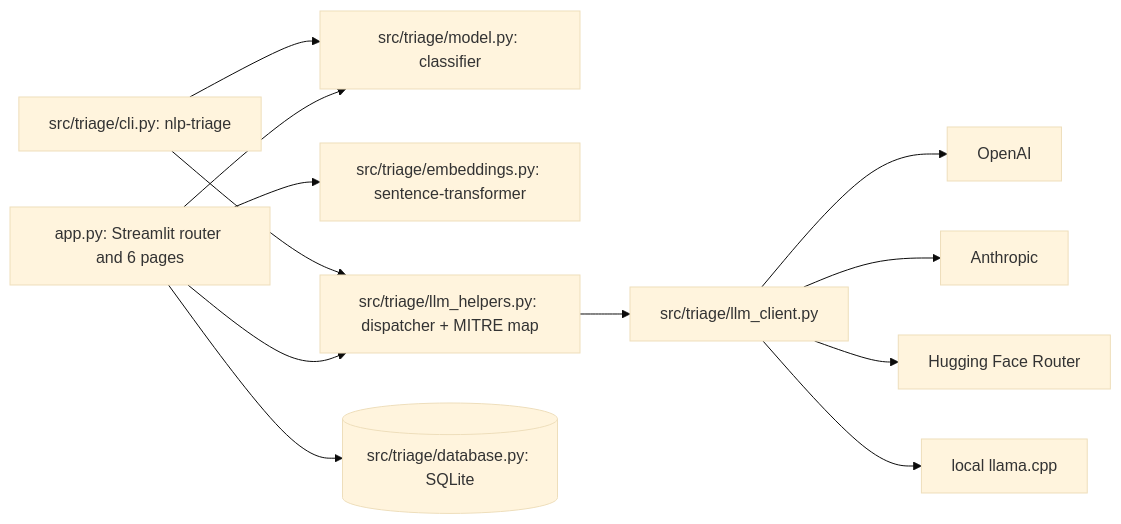
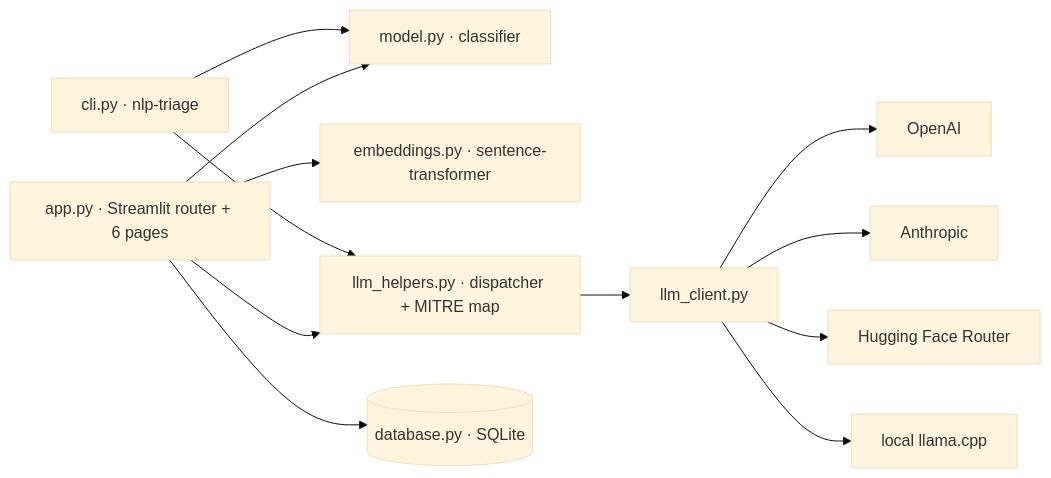
One commit to texasbe2trill/AlertSage changed the diagram in README.md. Above: the diagram before and after it, drawn with Mermaid (base theme). The commit also changed other lines of this file and 13 other files, not shown here.

````diff
--- a/README.md
+++ b/README.md
@@ -158,14 +122,14 @@
 ```mermaid
 flowchart LR
-    UI[app.py: Streamlit router and 6 pages] --> CLF[src/triage/model.py: classifier]
-    UI --> EMB[src/triage/embeddings.py: sentence-transformer]
-    UI --> LH[src/triage/llm_helpers.py: dispatcher + MITRE map]
-    UI --> DB[(src/triage/database.py: SQLite)]
-    CLI[src/triage/cli.py: nlp-triage] --> CLF
+    UI[app.py · Streamlit router + 6 pages] --> CLF[model.py · classifier]
+    UI --> EMB[embeddings.py · sentence-transformer]
+    UI --> LH[llm_helpers.py · dispatcher + MITRE map]
+    UI --> DB[(database.py · SQLite)]
+    CLI[cli.py · nlp-triage] --> CLF
     CLI --> LH
-    LH --> LC[src/triage/llm_client.py]
+    LH --> LC[llm_client.py]
     LC --> P1[OpenAI]
     LC --> P2[Anthropic]
     LC --> P3[Hugging Face Router]
     LC --> P4[local llama.cpp]
 ```
````
